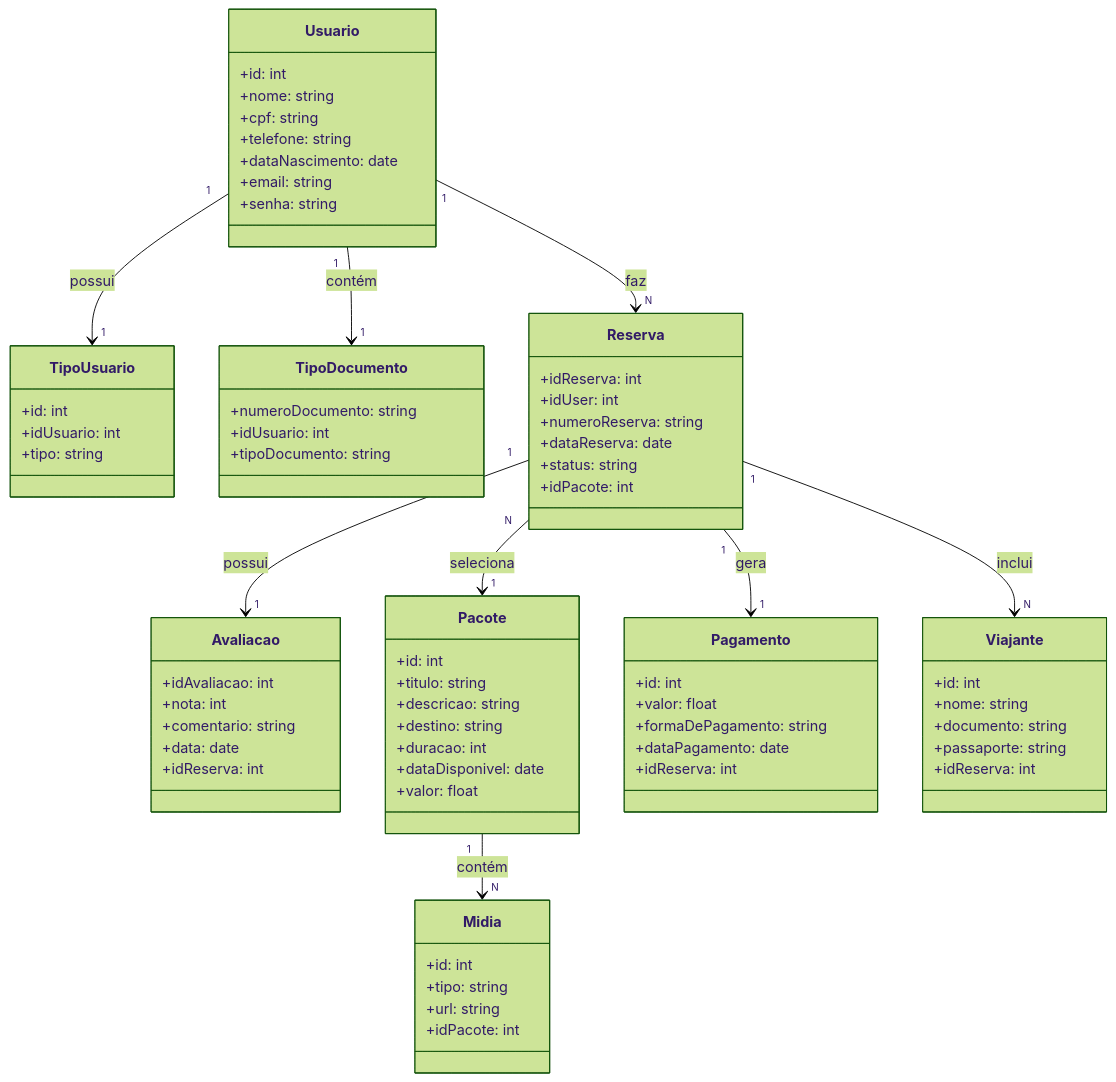
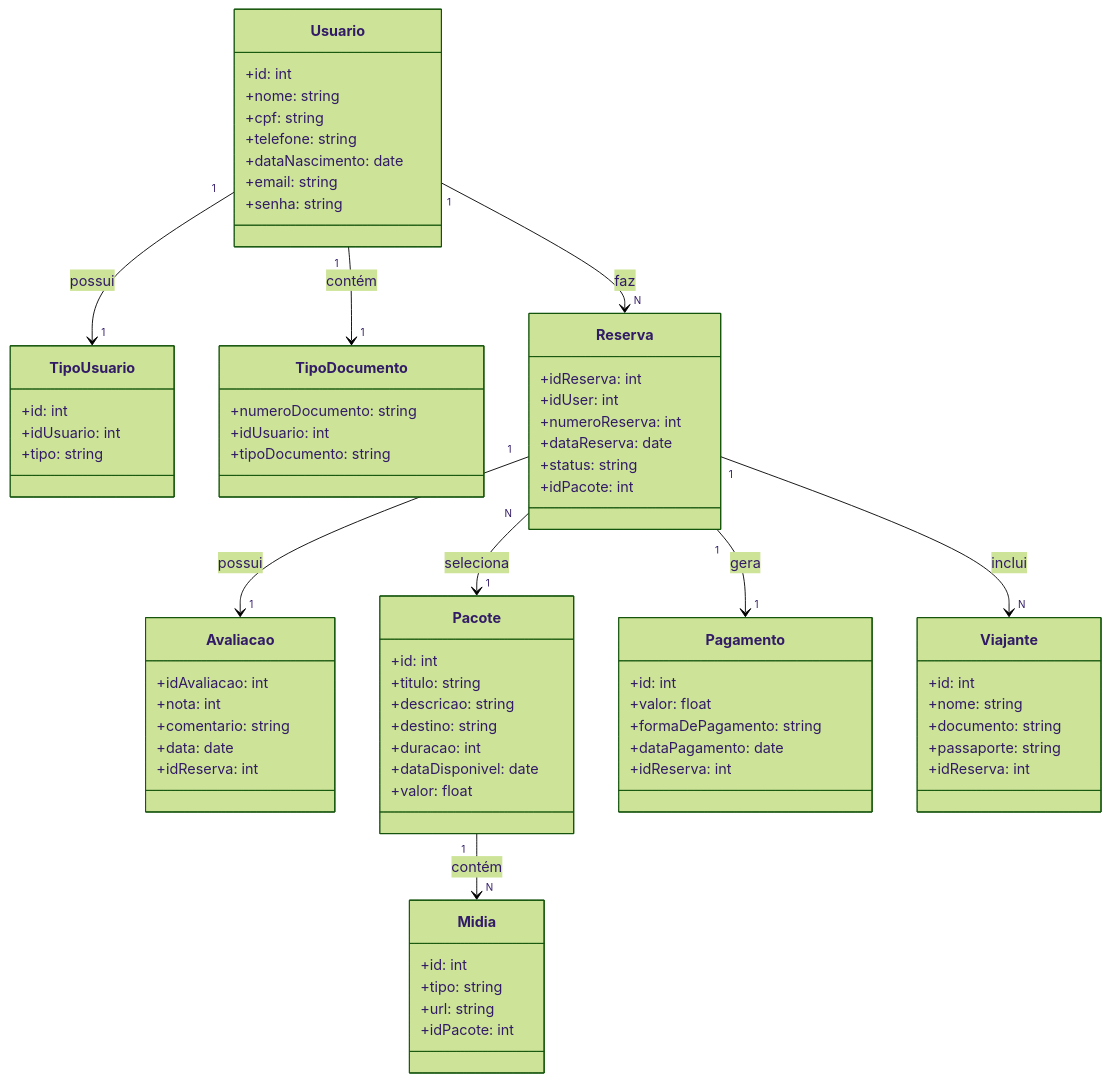
Before and after one commit to JuliaaSilv/Sistema-De-Viagem: the diagram in README.md, drawn with Mermaid (forest theme).

```diff
--- a/README.md
+++ b/README.md
@@ -27,7 +27,7 @@
 class Reserva {
   +idReserva: int
   +idUser: int
-  +numeroReserva: string
+  +numeroReserva: int
   +dataReserva: date
   +status: string
   +idPacote: int
```
